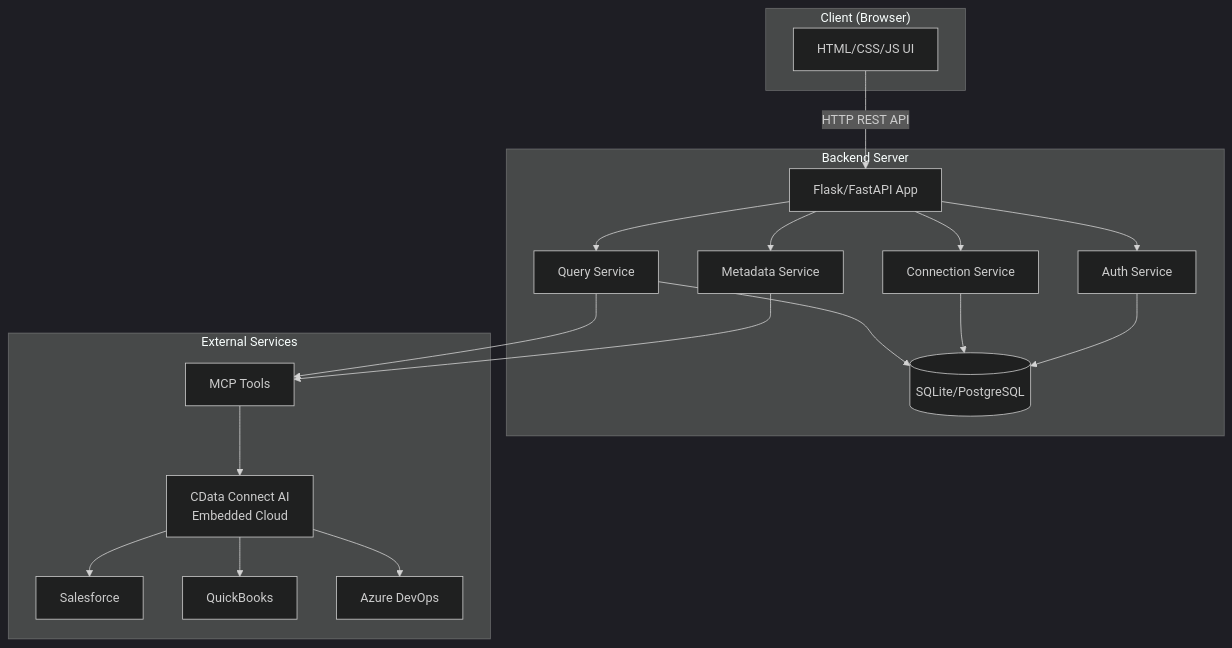
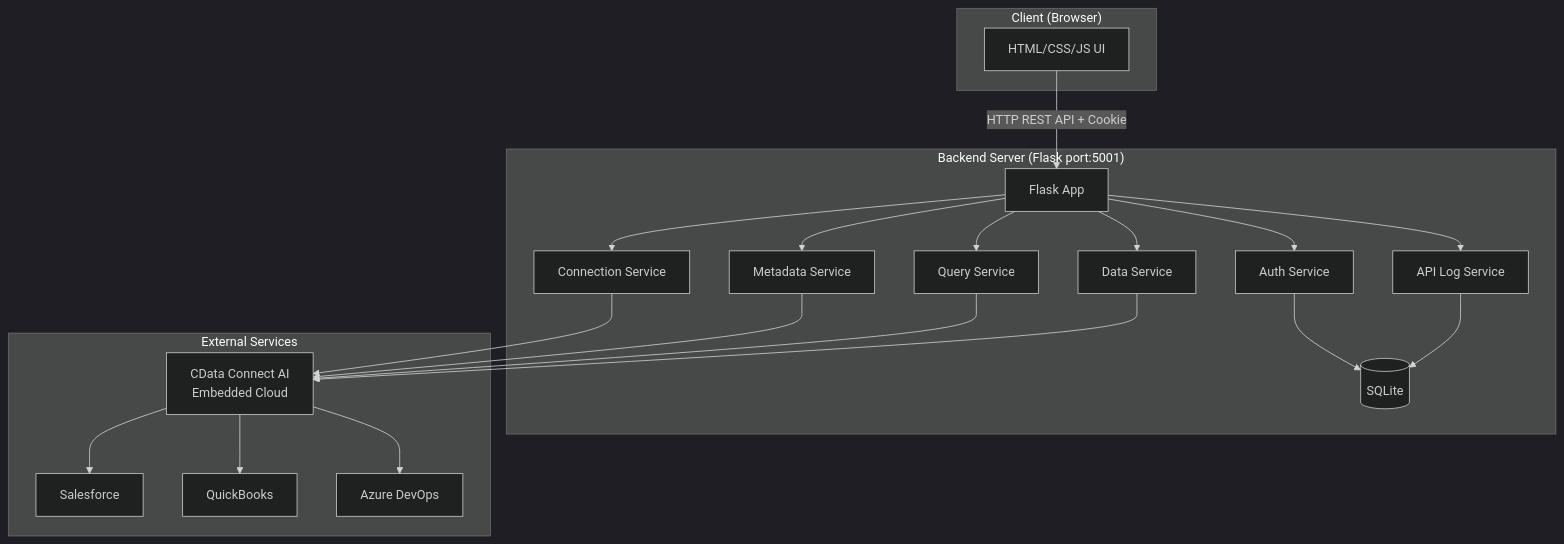
The first of 8 diagrams in docs/functional-design.md (sugimomoto/ConnectAIOEMSample), drawn with Mermaid (dark theme) before and after one commit. The commit also changed other lines of this file and 3 other files, not shown here.

````diff
--- a/docs/functional-design.md
+++ b/docs/functional-design.md
@@ -182,41 +88,44 @@
 ```mermaid
 graph TB
     subgraph "Client (Browser)"
         UI[HTML/CSS/JS UI]
     end
 
-    subgraph "Backend Server"
-        API[Flask/FastAPI App]
+    subgraph "Backend Server (Flask port:5001)"
+        API[Flask App]
         Auth[Auth Service]
         ConnSvc[Connection Service]
         MetaSvc[Metadata Service]
         QuerySvc[Query Service]
-        DB[(SQLite/PostgreSQL)]
+        DataSvc[Data Service]
+        LogSvc[API Log Service]
+        DB[(SQLite)]
     end
 
     subgraph "External Services"
-        MCP[MCP Tools]
         ConnectAI[CData Connect AI<br/>Embedded Cloud]
         SF[Salesforce]
         QB[QuickBooks]
         ADO[Azure DevOps]
     end
 
-    UI -->|HTTP REST API| API
+    UI -->|HTTP REST API + Cookie| API
     API --> Auth
     API --> ConnSvc
     API --> MetaSvc
     API --> QuerySvc
+    API --> DataSvc
+    API --> LogSvc
 
     Auth --> DB
-    ConnSvc --> DB
-    QuerySvc --> DB
+    LogSvc --> DB
 
-    MetaSvc --> MCP
-    QuerySvc --> MCP
+    ConnSvc --> ConnectAI
+    MetaSvc --> ConnectAI
+    QuerySvc --> ConnectAI
+    DataSvc --> ConnectAI
 
-    MCP --> ConnectAI
     ConnectAI --> SF
     ConnectAI --> QB
     ConnectAI --> ADO
 ```
````
